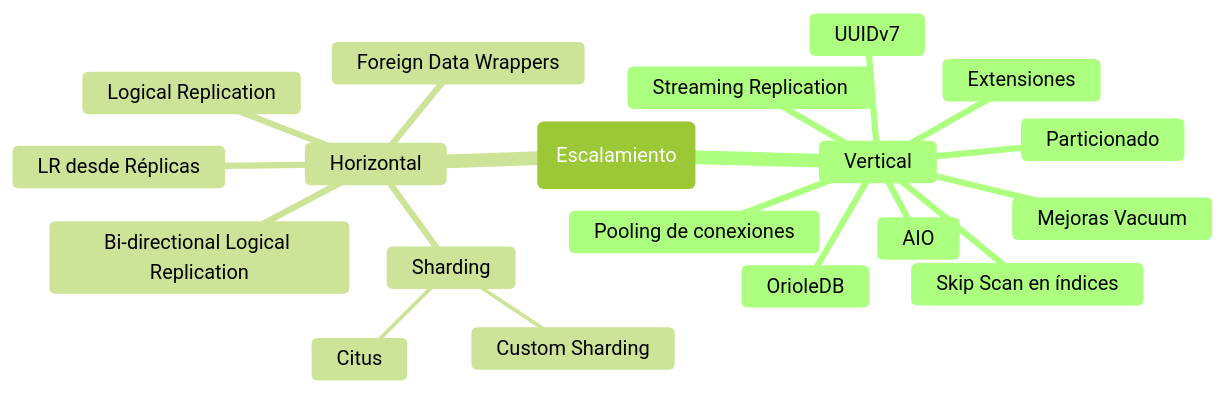
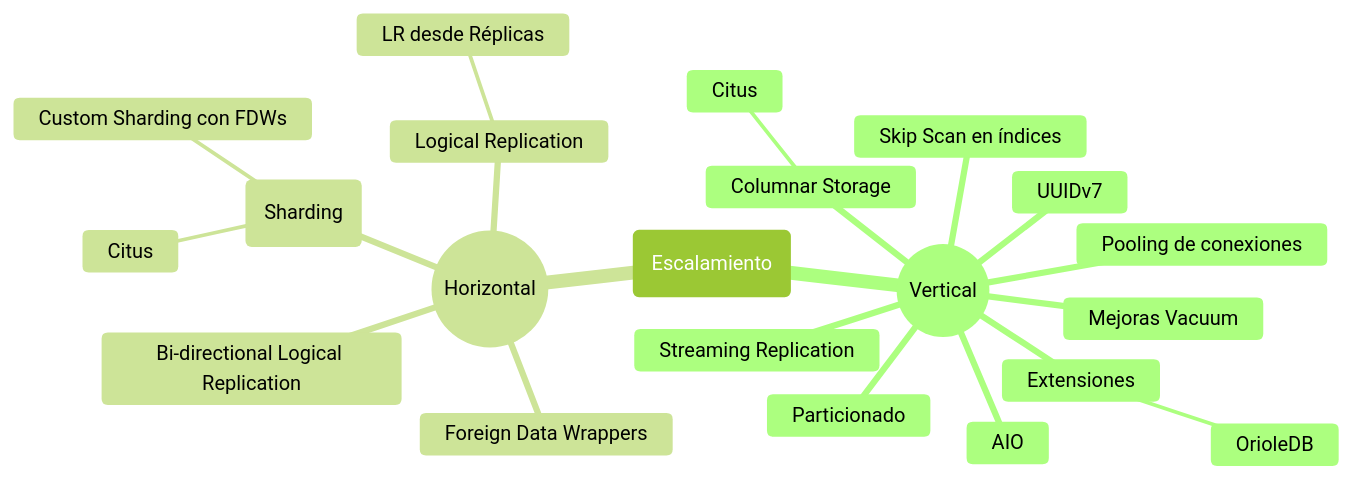
One commit to 3manuek/slides changed the diagram in 2025/Nerdearla.es/charts/postgres-scaling-diagram.md. Above: the diagram before and after it, drawn with Mermaid (forest theme). The commit also changed other lines of this file and 11 other files, not shown here.

````diff
--- a/2025/Nerdearla.es/charts/postgres-scaling-diagram.md
+++ b/2025/Nerdearla.es/charts/postgres-scaling-diagram.md
@@ -5,22 +5,24 @@
 ```mermaid
 mindmap
   root(Escalamiento)
-    Vertical
+    Vertical((Vertical))
       AIO
       Mejoras Vacuum
       Particionado
       UUIDv7 
       Streaming Replication
       Pooling de conexiones
-      OrioleDB
       Extensiones
+        OrioleDB
       Skip Scan en índices
-    Horizontal  
+      Columnar Storage
+        Citus
+    Horizontal((Horizontal))  
       Logical Replication
+        LR desde Réplicas
       Bi-directional Logical Replication
-      LR desde Réplicas
-      Sharding
+      Sharding(Sharding)
         Citus
-        Custom Sharding
+        Custom Sharding con FDWs
       Foreign Data Wrappers
 ```
````
